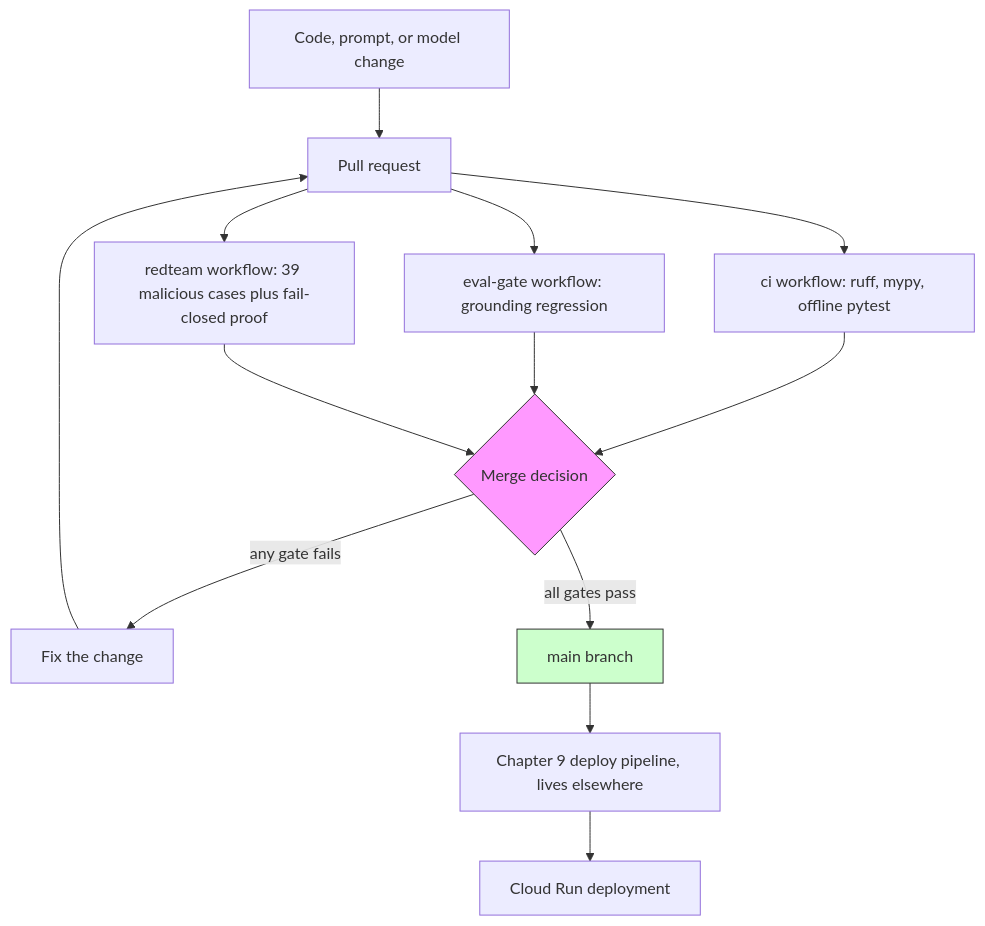
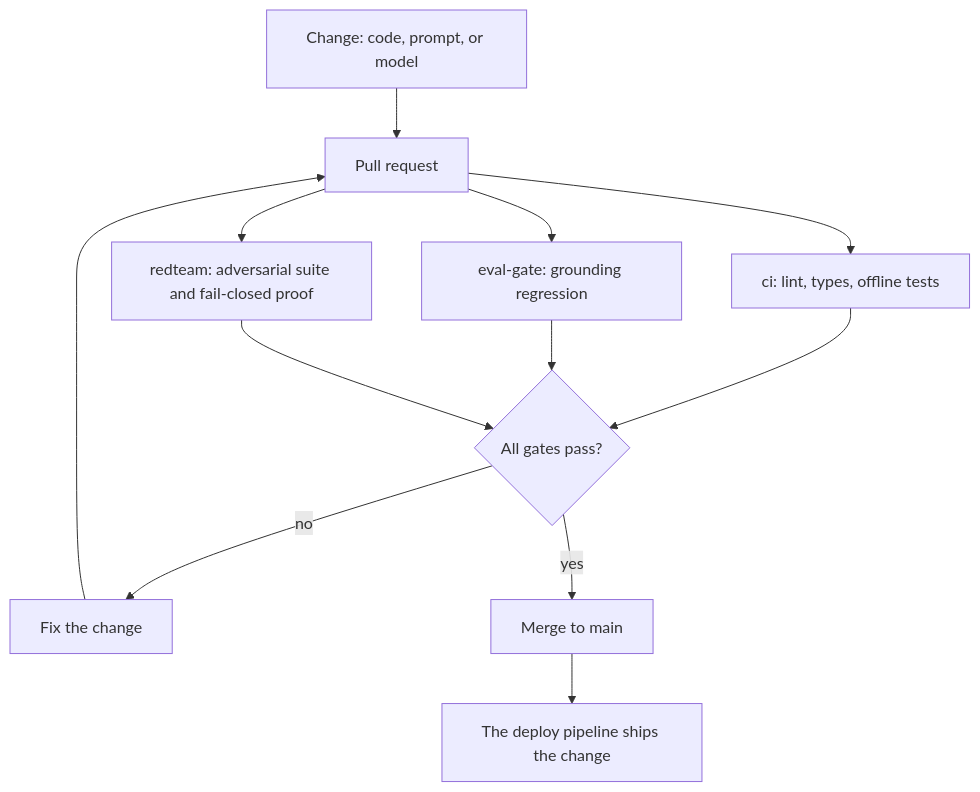
One commit to the-write-path-code/ch15-agentic-cicd changed the diagram in workflow/overview-day2-merge-gate.mmd. Above: the diagram before and after it, drawn with Mermaid. The commit also changed 7 other files, not shown here.

Commit message:
Simplify chapter diagrams, drop the publisher name, remove the stray chapter reference

```diff
--- a/workflow/overview-day2-merge-gate.mmd
+++ b/workflow/overview-day2-merge-gate.mmd
@@ -1,16 +1,12 @@
 flowchart TD
-    A["Code, prompt, or model change"] --> PR["Pull request"]
-    PR --> CI["ci workflow: ruff, mypy, offline pytest"]
-    PR --> EG["eval-gate workflow: grounding regression"]
-    PR --> RT["redteam workflow: 39 malicious cases plus fail-closed proof"]
-    CI --> M{"Merge decision"}
-    EG --> M
-    RT --> M
-    M -- "any gate fails" --> FIX["Fix the change"]
-    FIX --> PR
-    M -- "all gates pass" --> MAIN["main branch"]
-    MAIN --> DEPLOY["Chapter 9 deploy pipeline, lives elsewhere"]
-    DEPLOY --> CLOUD["Cloud Run deployment"]
-
-    style M fill:#f9f,stroke:#333
-    style MAIN fill:#cfc,stroke:#333
+    A["Change: code, prompt, or model"] --> B["Pull request"]
+    B --> C["ci: lint, types, offline tests"]
+    B --> D["eval-gate: grounding regression"]
+    B --> E["redteam: adversarial suite and fail-closed proof"]
+    C --> F{"All gates pass?"}
+    D --> F
+    E --> F
+    F -- "no" --> G["Fix the change"]
+    G --> B
+    F -- "yes" --> H["Merge to main"]
+    H --> I["The deploy pipeline ships the change"]
```
